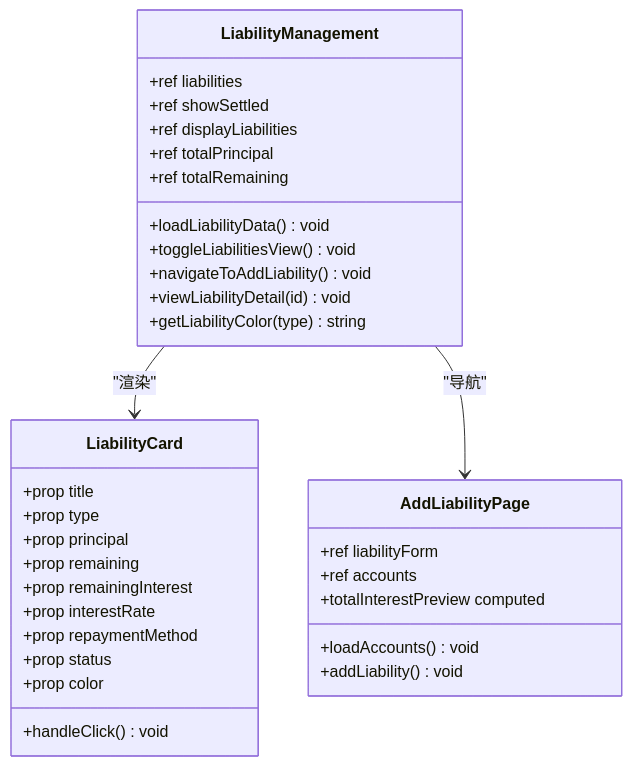
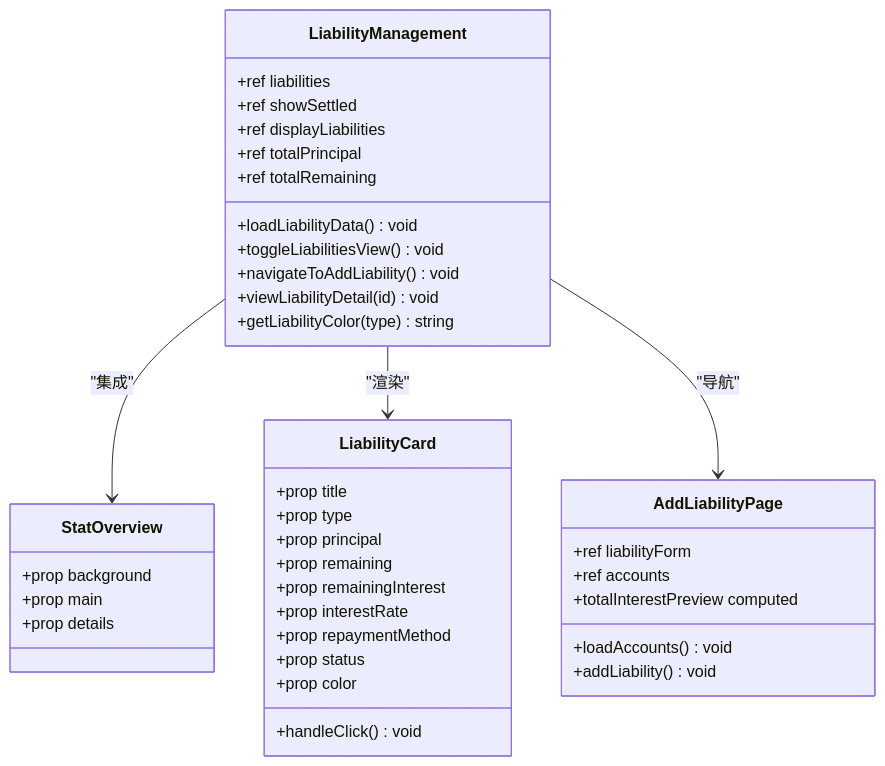
The third of 9 diagrams in .qoder/repowiki/zh/content/负债管理.md (xiao-lin-unit/yuan), drawn with Mermaid before and after one commit. The commit also changed other lines of this file and 14 other files, not shown here.

````diff
--- a/.qoder/repowiki/zh/content/负债管理.md
+++ b/.qoder/repowiki/zh/content/负债管理.md
@@ -191,36 +193,42 @@
 ```mermaid
 classDiagram
 class LiabilityManagement {
 +ref liabilities
 +ref showSettled
 +ref displayLiabilities
 +ref totalPrincipal
 +ref totalRemaining
 +loadLiabilityData() void
 +toggleLiabilitiesView() void
 +navigateToAddLiability() void
 +viewLiabilityDetail(id) void
 +getLiabilityColor(type) string
+}
+class StatOverview {
++prop background
++prop main
++prop details
 }
 class LiabilityCard {
 +prop title
 +prop type
 +prop principal
 +prop remaining
 +prop remainingInterest
 +prop interestRate
 +prop repaymentMethod
 +prop status
 +prop color
 +handleClick() void
 }
 class AddLiabilityPage {
 +ref liabilityForm
 +ref accounts
 +totalInterestPreview computed
 +loadAccounts() void
 +addLiability() void
 }
+LiabilityManagement --> StatOverview : "集成"
 LiabilityManagement --> LiabilityCard : "渲染"
 LiabilityManagement --> AddLiabilityPage : "导航"
 ```
````
